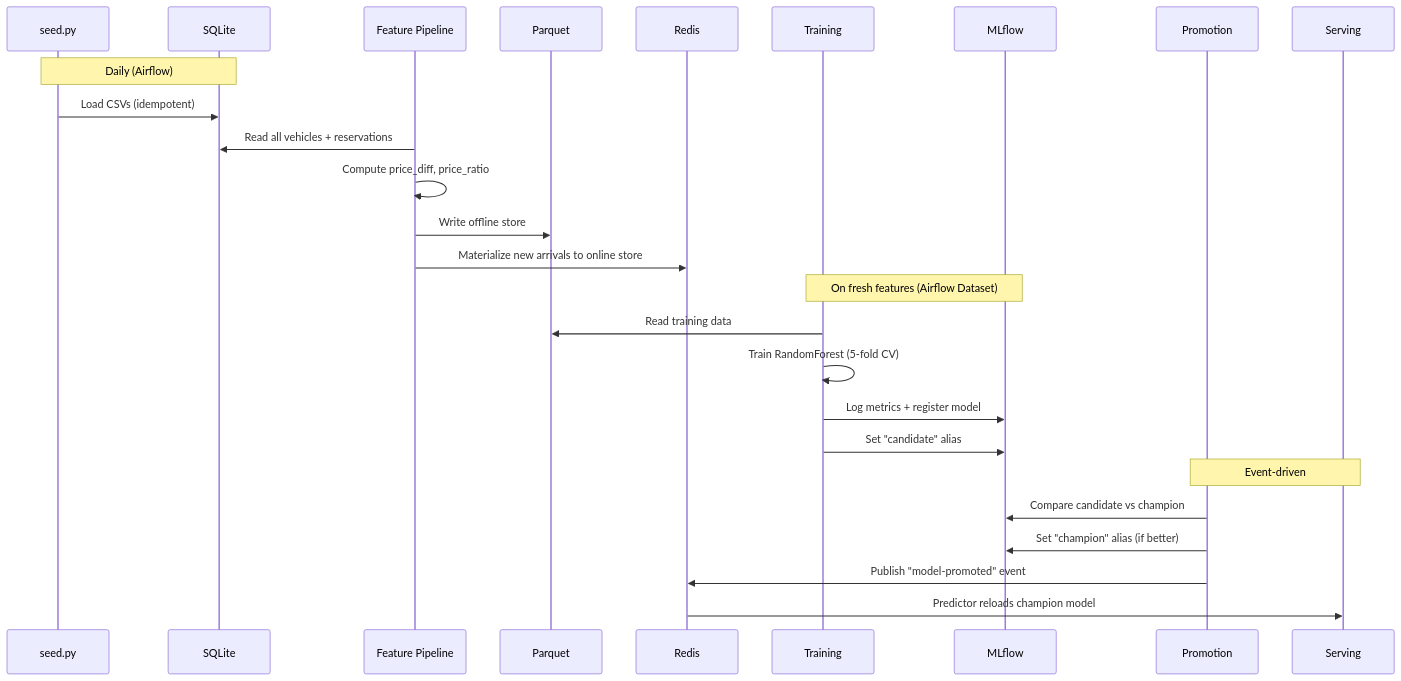
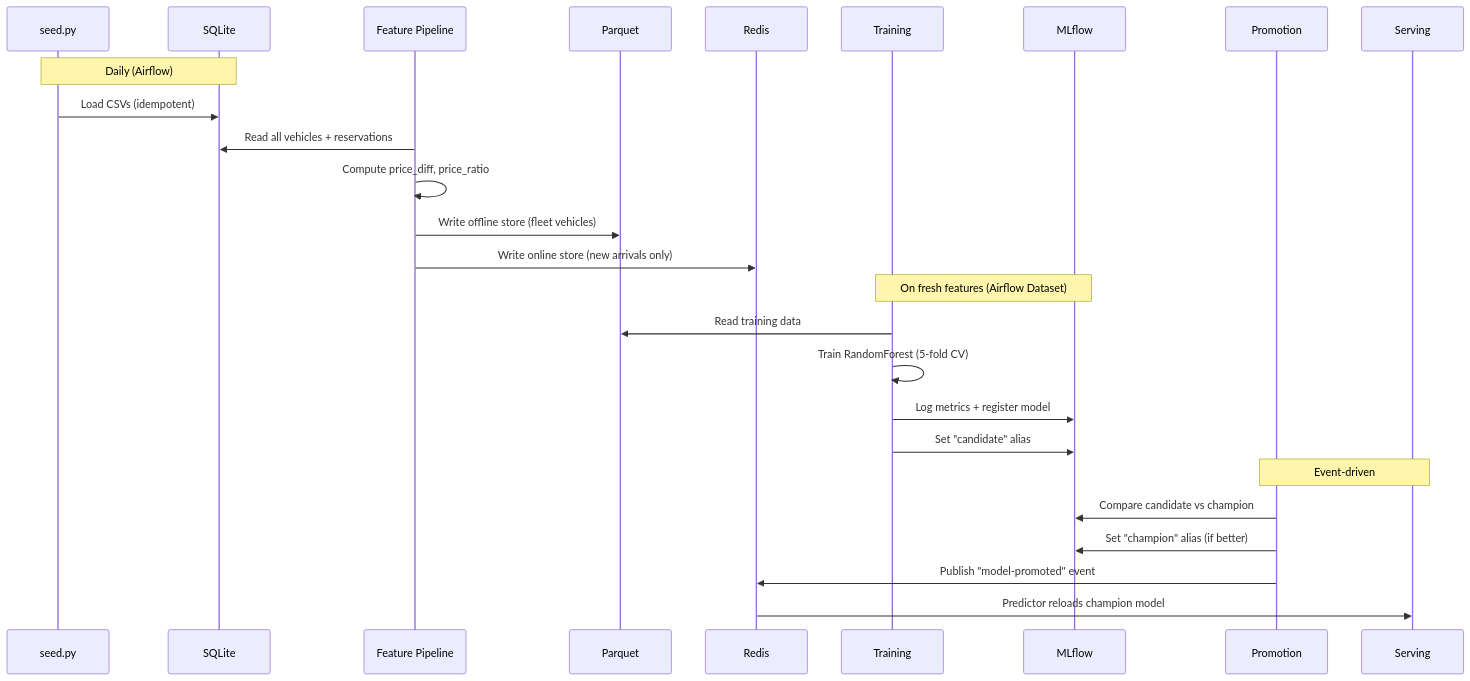
One commit to pierreWagou/vroom-forecast changed the second of 2 diagrams in README.md. Above: the diagram before and after it, drawn with Mermaid. The commit also changed other lines of this file and 25 other files, not shown here.

Commit message:
ui: improve user experience and sreamline data flows

````diff
--- a/README.md
+++ b/README.md
@@ -114,31 +113,31 @@
 ```mermaid
 sequenceDiagram
     participant Seed as seed.py
     participant DB as SQLite
     participant FP as Feature Pipeline
     participant PQ as Parquet
     participant RD as Redis
     participant TR as Training
     participant MLF as MLflow
     participant PR as Promotion
     participant SRV as Serving
 
     Note over Seed,DB: Daily (Airflow)
     Seed->>DB: Load CSVs (idempotent)
     FP->>DB: Read all vehicles + reservations
     FP->>FP: Compute price_diff, price_ratio
-    FP->>PQ: Write offline store
-    FP->>RD: Materialize new arrivals to online store
+    FP->>PQ: Write offline store (fleet vehicles)
+    FP->>RD: Write online store (new arrivals only)
 
     Note over TR,MLF: On fresh features (Airflow Dataset)
     TR->>PQ: Read training data
     TR->>TR: Train RandomForest (5-fold CV)
     TR->>MLF: Log metrics + register model
     TR->>MLF: Set "candidate" alias
 
     Note over PR,SRV: Event-driven
     PR->>MLF: Compare candidate vs champion
     PR->>MLF: Set "champion" alias (if better)
     PR->>RD: Publish "model-promoted" event
     RD->>SRV: Predictor reloads champion model
 ```
````
